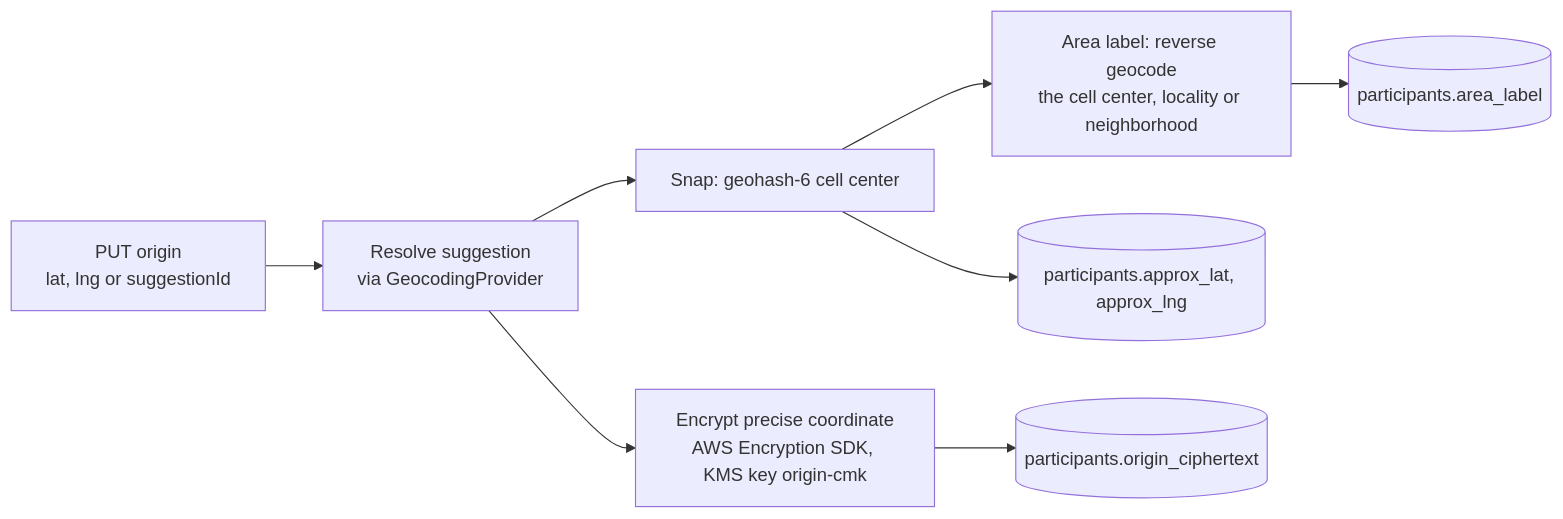
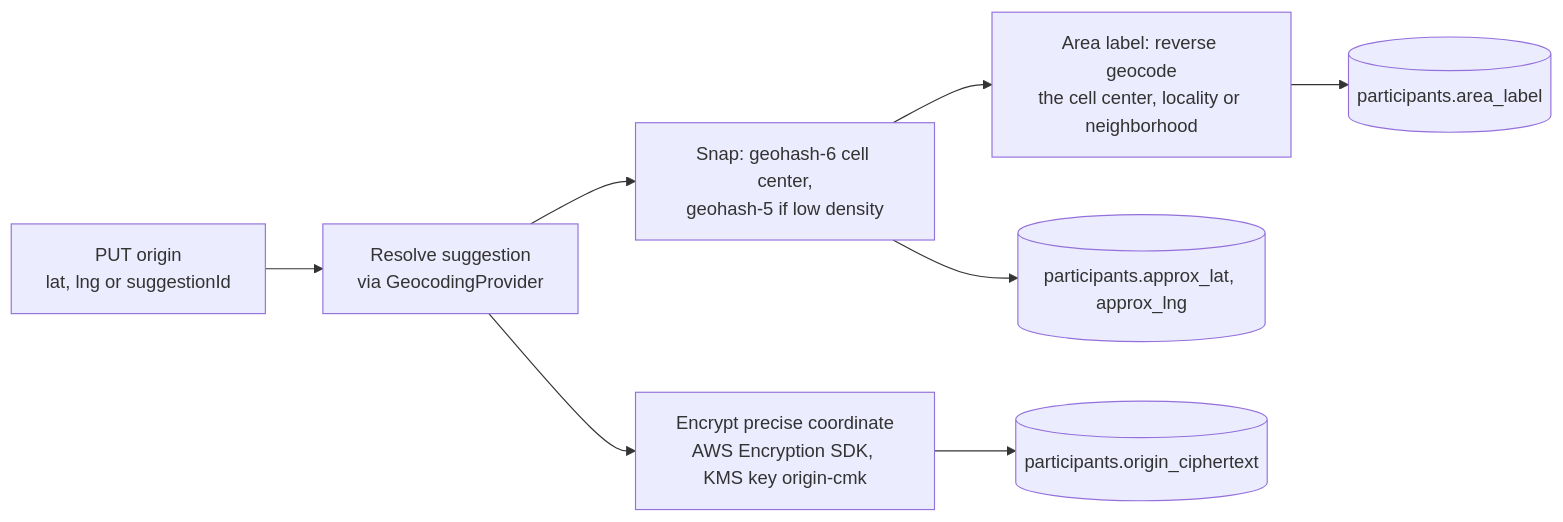
Before and after one commit to jmanico/halfsies: the sixth of 11 diagrams in ARCHITECTURE.md, drawn with Mermaid. The commit also changed other lines of this file and 7 other files, not shown here.

````diff
--- a/ARCHITECTURE.md
+++ b/ARCHITECTURE.md
@@ -433,10 +439,10 @@
 ```mermaid
 flowchart LR
     in["PUT origin<br/>lat, lng or suggestionId"] --> resolve["Resolve suggestion<br/>via GeocodingProvider"]
-    resolve --> snap["Snap: geohash-6 cell center"]
+    resolve --> snap["Snap: geohash-6 cell center,<br/>geohash-5 if low density"]
     snap --> label["Area label: reverse geocode<br/>the cell center, locality or neighborhood"]
     resolve --> enc["Encrypt precise coordinate<br/>AWS Encryption SDK, KMS key origin-cmk"]
     enc --> db[("participants.origin_ciphertext")]
     snap --> db2[("participants.approx_lat, approx_lng")]
     label --> db3[("participants.area_label")]
 ```
````
